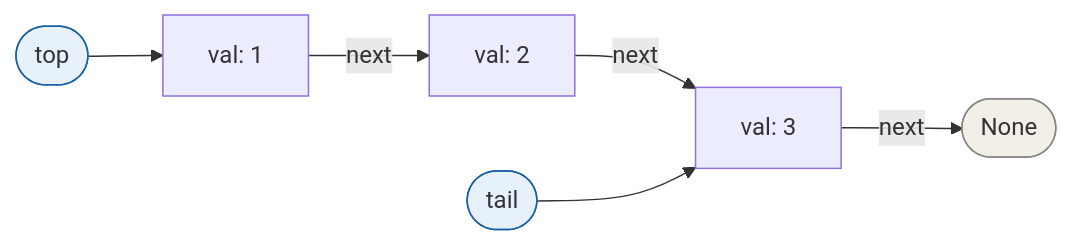
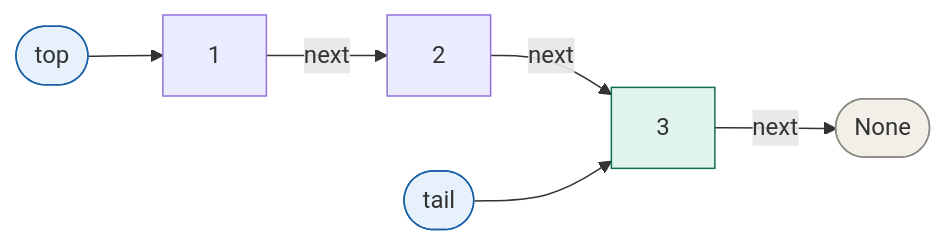
Before and after one commit to HSE-HomeWork/Algorithms_in_Python: the third of 4 diagrams in homework_2/stack_vs_queue/ExplanationDecision.md, drawn with Mermaid. The commit also changed other lines of this file, not shown here.

````diff
--- a/homework_2/stack_vs_queue/ExplanationDecision.md
+++ b/homework_2/stack_vs_queue/ExplanationDecision.md
@@ -69,12 +92,13 @@
 ```mermaid
 graph LR
-    top([top]) --> n1["val: 1"]
-    n1 -->|next| n2["val: 2"]
-    n2 -->|next| n3["val: 3"]
+    top([top]) --> n1["1"]
+    n1 -->|next| n2["2"]
+    n2 -->|next| n3["3"]
     n3 -->|next| null(["None"])
     tail([tail]) --> n3
 
     style top fill:#E6F1FB,stroke:#185FA5
     style tail fill:#E6F1FB,stroke:#185FA5
+    style n3 fill:#E1F5EE,stroke:#0F6E56
     style null fill:#F1EFE8,stroke:#888780
 ```
````
